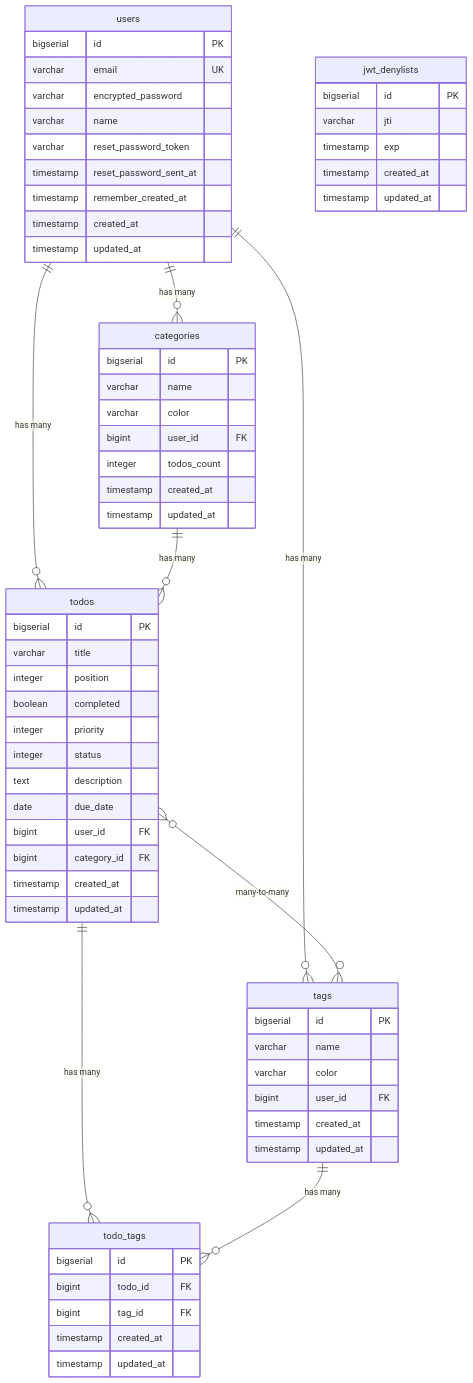
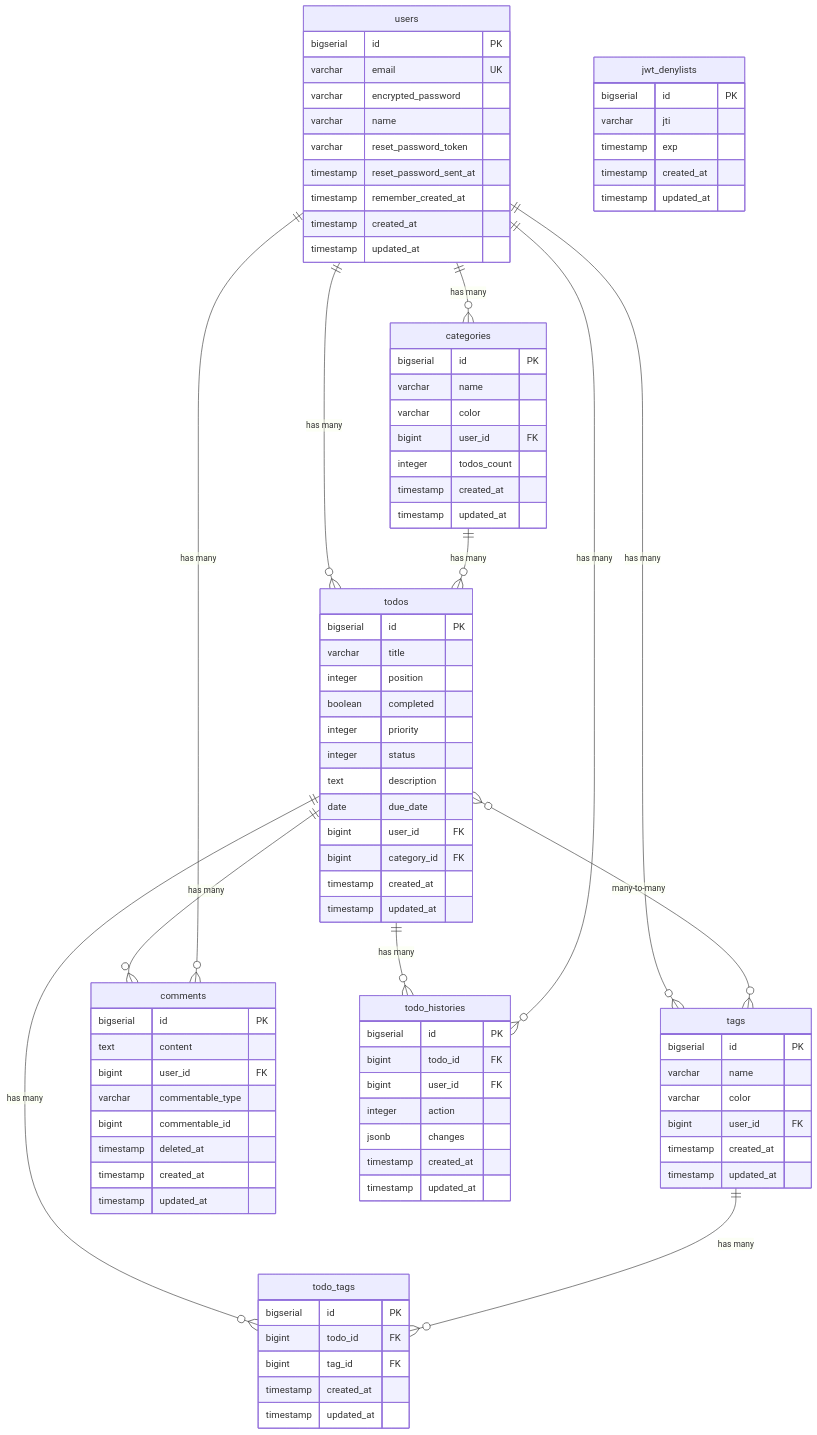
Before and after one commit to purupurupu/next-rails: the diagram in docs/architecture/database.md, drawn with Mermaid. The commit also changed other lines of this file and 5 other files, not shown here.

````diff
--- a/docs/architecture/database.md
+++ b/docs/architecture/database.md
@@ -18,6 +18,10 @@
     todos }o--o{ tags : "many-to-many"
     todos ||--o{ todo_tags : "has many"
     tags ||--o{ todo_tags : "has many"
+    todos ||--o{ comments : "has many"
+    users ||--o{ comments : "has many"
+    todos ||--o{ todo_histories : "has many"
+    users ||--o{ todo_histories : "has many"
 
     users {
         bigserial id PK
@@ -80,4 +84,25 @@
         timestamp created_at
         timestamp updated_at
     }
+
+    comments {
+        bigserial id PK
+        text content
+        bigint user_id FK
+        varchar commentable_type
+        bigint commentable_id
+        timestamp deleted_at
+        timestamp created_at
+        timestamp updated_at
+    }
+
+    todo_histories {
+        bigserial id PK
+        bigint todo_id FK
+        bigint user_id FK
+        integer action
+        jsonb changes
+        timestamp created_at
+        timestamp updated_at
+    }
 ```
````
